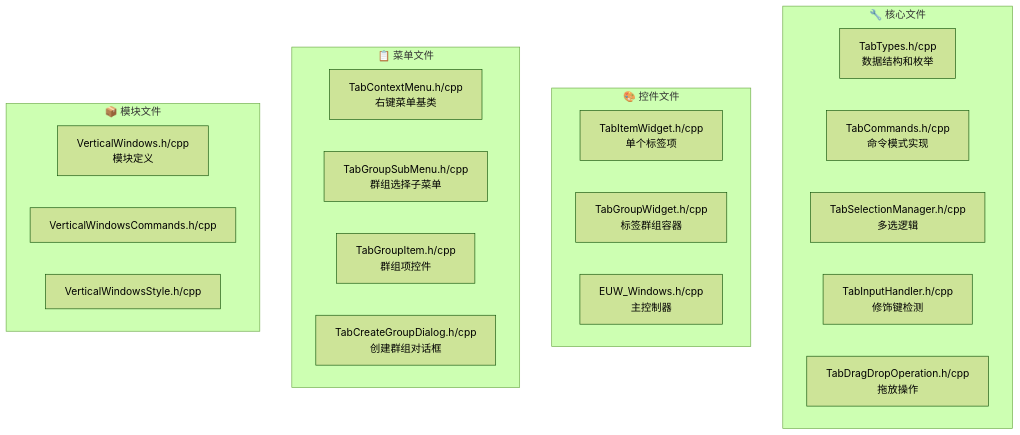
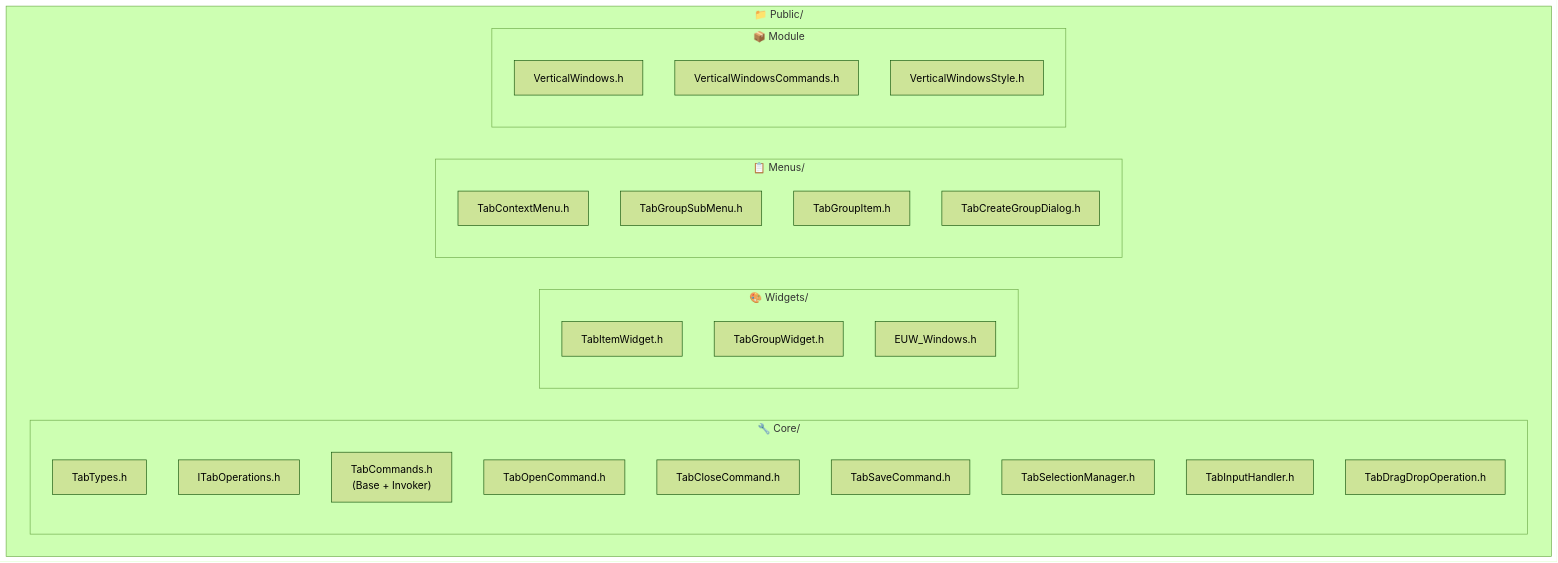
One commit to LuHZhan/PBD changed the fifth of 9 diagrams in Plugins/VerticalWindows/ARCHITECTURE_CN.md. Above: the diagram before and after it, drawn with Mermaid (forest theme). The commit also changed other lines of this file and 47 other files, not shown here.

````diff
--- a/Plugins/VerticalWindows/ARCHITECTURE_CN.md
+++ b/Plugins/VerticalWindows/ARCHITECTURE_CN.md
@@ -176,29 +201,35 @@
 ```mermaid
 flowchart TB
-    subgraph Core["🔧 核心文件"]
-        Types["TabTypes.h/cpp<br/>数据结构和枚举"]
-        Commands["TabCommands.h/cpp<br/>命令模式实现"]
-        Selection["TabSelectionManager.h/cpp<br/>多选逻辑"]
-        Input["TabInputHandler.h/cpp<br/>修饰键检测"]
-        DragDrop["TabDragDropOperation.h/cpp<br/>拖放操作"]
-    end
-    
-    subgraph Widgets["🎨 控件文件"]
-        Item["TabItemWidget.h/cpp<br/>单个标签项"]
-        Group["TabGroupWidget.h/cpp<br/>标签群组容器"]
-        Windows["EUW_Windows.h/cpp<br/>主控制器"]
-    end
-    
-    subgraph Menus["📋 菜单文件"]
-        Context["TabContextMenu.h/cpp<br/>右键菜单基类"]
-        SubMenu["TabGroupSubMenu.h/cpp<br/>群组选择子菜单"]
-        GroupItem["TabGroupItem.h/cpp<br/>群组项控件"]
-        Dialog["TabCreateGroupDialog.h/cpp<br/>创建群组对话框"]
-    end
-    
-    subgraph Module["📦 模块文件"]
-        Main["VerticalWindows.h/cpp<br/>模块定义"]
-        Cmd["VerticalWindowsCommands.h/cpp"]
-        Style["VerticalWindowsStyle.h/cpp"]
+    subgraph Public["📁 Public/"]
+        subgraph Core["🔧 Core/"]
+            Types["TabTypes.h"]
+            Interface["ITabOperations.h"]
+            Commands["TabCommands.h<br/>(Base + Invoker)"]
+            OpenCmd["TabOpenCommand.h"]
+            CloseCmd["TabCloseCommand.h"]
+            SaveCmd["TabSaveCommand.h"]
+            Selection["TabSelectionManager.h"]
+            Input["TabInputHandler.h"]
+            DragDrop["TabDragDropOperation.h"]
+        end
+        
+        subgraph Widgets["🎨 Widgets/"]
+            Item["TabItemWidget.h"]
+            Group["TabGroupWidget.h"]
+            Windows["EUW_Windows.h"]
+        end
+        
+        subgraph Menus["📋 Menus/"]
+            Context["TabContextMenu.h"]
+            SubMenu["TabGroupSubMenu.h"]
+            GroupItem["TabGroupItem.h"]
+            Dialog["TabCreateGroupDialog.h"]
+        end
+        
+        subgraph Module["📦 Module"]
+            Main["VerticalWindows.h"]
+            Cmd["VerticalWindowsCommands.h"]
+            Style["VerticalWindowsStyle.h"]
+        end
     end
 ```
````
